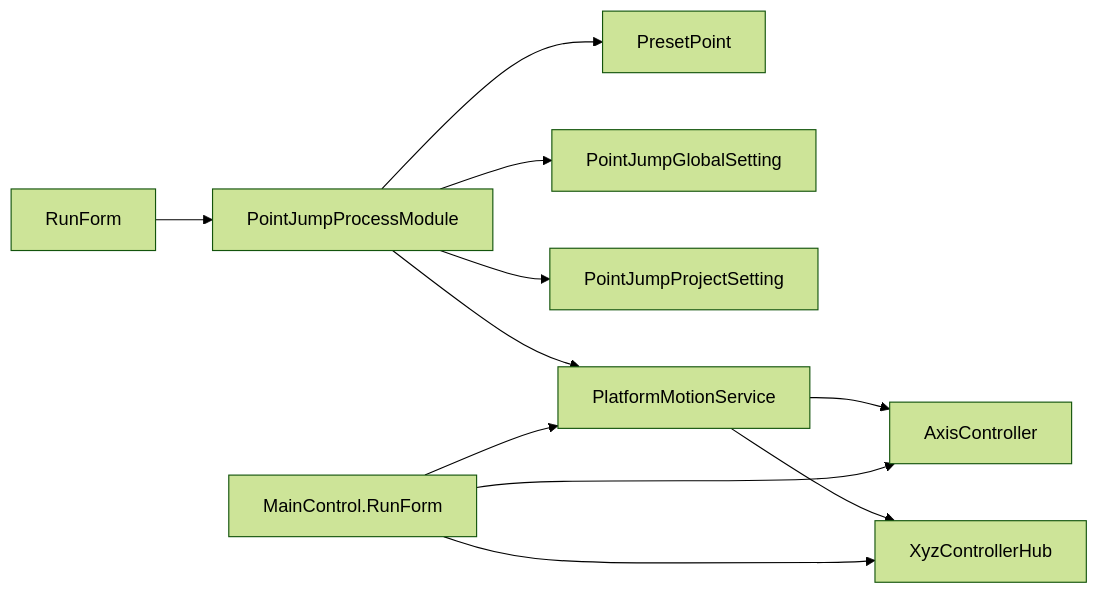
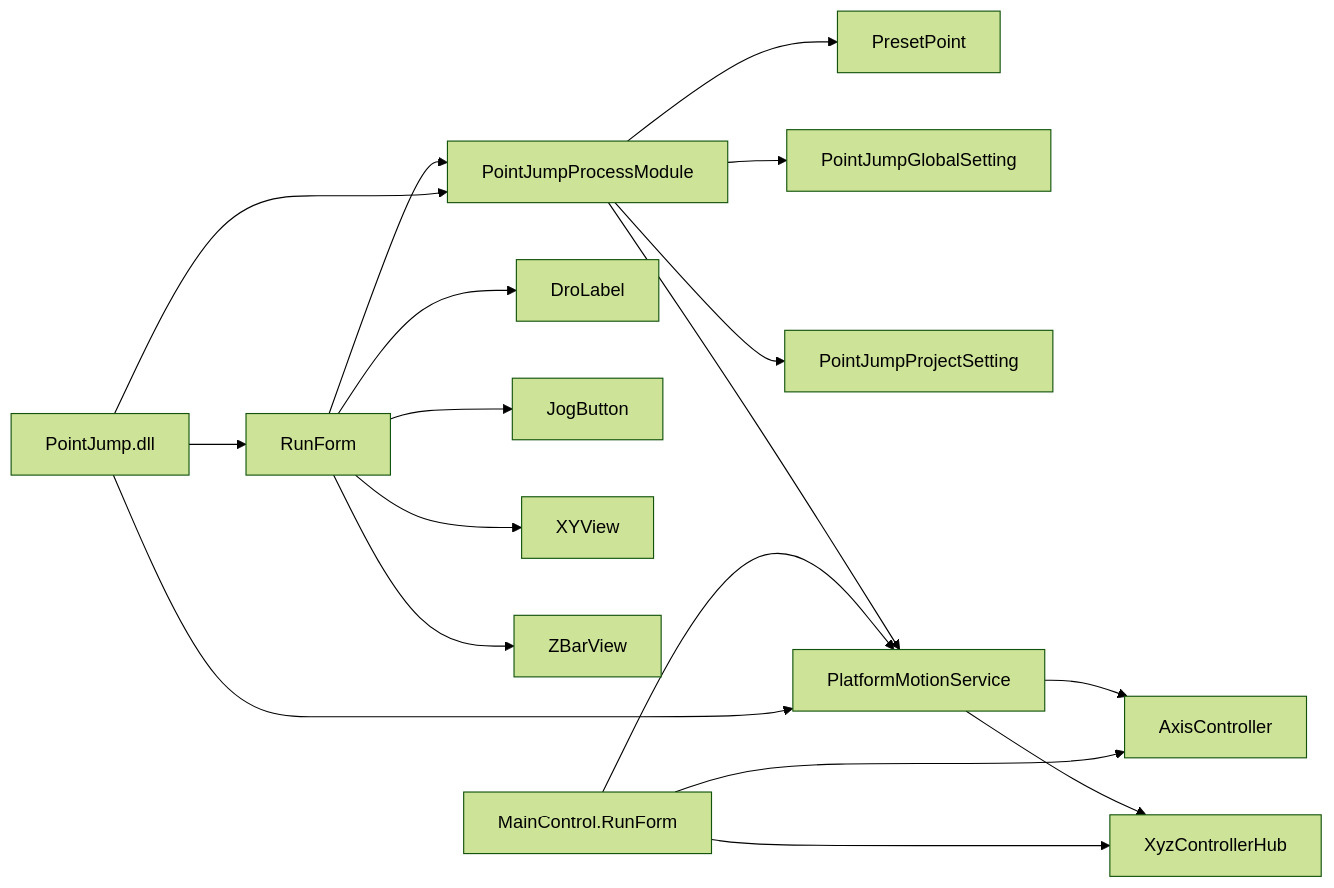
One commit to fuweiq94-cloud/339918076 changed the fourth of 4 diagrams in .qoder/repowiki/zh/content/核心功能模块/点位跳转模块 (PointJump).md. Above: the diagram before and after it, drawn with Mermaid (forest theme). The commit also changed other lines of this file and 203 other files, not shown here.

````diff
--- a/.qoder/repowiki/zh/content/核心功能模块/点位跳转模块 (PointJump).md
+++ b/.qoder/repowiki/zh/content/核心功能模块/点位跳转模块 (PointJump).md
@@ -247,13 +310,20 @@
 ```mermaid
 graph LR
 RF["RunForm"] --> PM["PointJumpProcessModule"]
 PM --> PP["PresetPoint"]
 PM --> PGS["PointJumpGlobalSetting"]
 PM --> PPS["PointJumpProjectSetting"]
 PM --> PMS["PlatformMotionService"]
 PMS --> AC["AxisController"]
 PMS --> XHUB["XyzControllerHub"]
+RF --> DRO["DroLabel"]
+RF --> JOGB["JogButton"]
+RF --> XYV["XYView"]
+RF --> ZBAR["ZBarView"]
 MCRF["MainControl.RunForm"] --> PMS
 MCRF --> AC
 MCRF --> XHUB
+PJPROJ["PointJump.dll"] --> RF
+PJPROJ --> PM
+PJPROJ --> PMS
 ```
````
